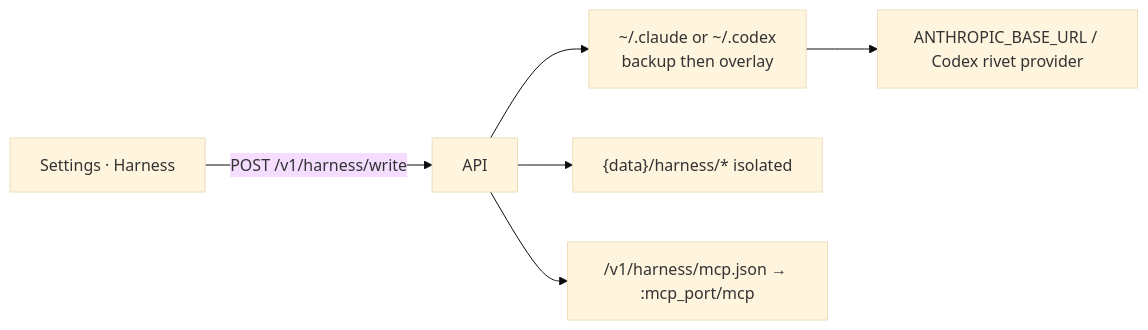
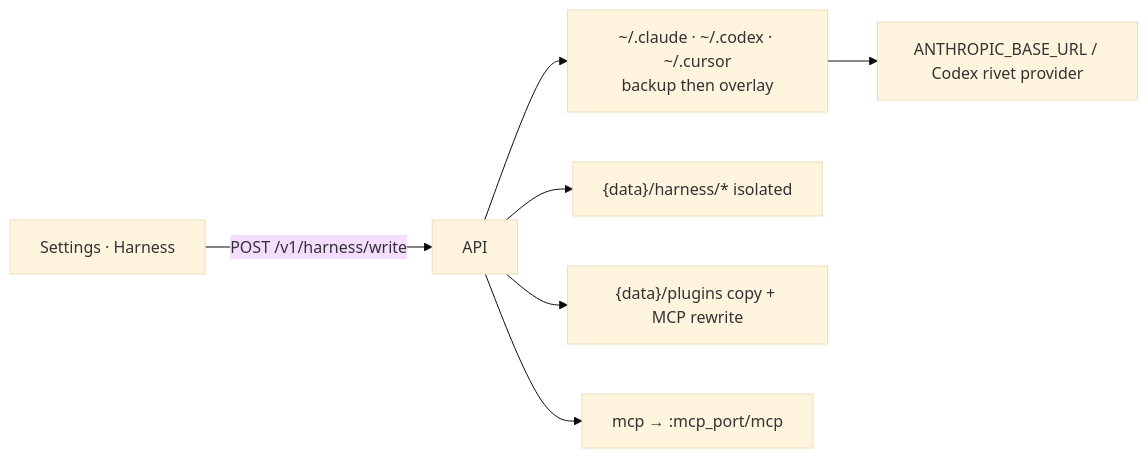
Before and after one commit to Rivethub/ExperimentOne: the ninth of 13 diagrams in docs/architecture.md, drawn with Mermaid (base theme). The commit also changed other lines of this file and 28 other files, not shown here.

````diff
--- a/docs/architecture.md
+++ b/docs/architecture.md
@@ -226,8 +336,9 @@
 ```mermaid
 flowchart LR
   UI[Settings · Harness] -->|POST /v1/harness/write| API
-  API --> Files["~/.claude or ~/.codex<br/>backup then overlay"]
+  API --> Files["~/.claude · ~/.codex · ~/.cursor<br/>backup then overlay"]
   API --> Iso["{data}/harness/* isolated"]
+  API --> Plug["{data}/plugins copy + MCP rewrite"]
   Files --> ProxyURL[ANTHROPIC_BASE_URL / Codex rivet provider]
-  API --> MCPJSON["/v1/harness/mcp.json → :mcp_port/mcp"]
+  API --> MCPJSON["mcp → :mcp_port/mcp"]
 ```
````
